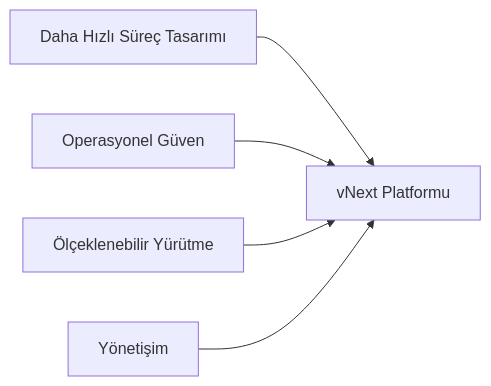
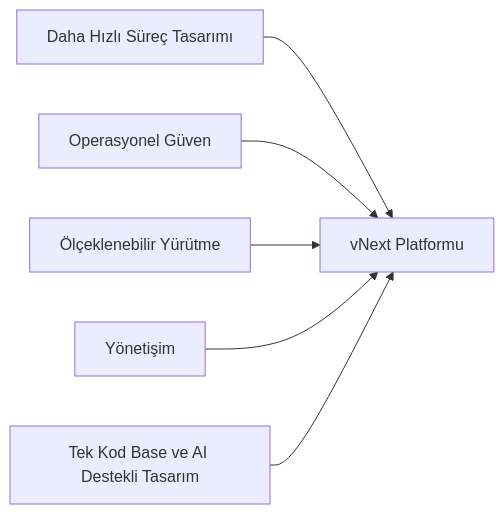
Before and after one commit to burgan-tech/vnext-docs: the diagram in business/value/index.md, drawn with Mermaid. The commit also changed other lines of this file and 6 other files, not shown here.

````diff
--- a/business/value/index.md
+++ b/business/value/index.md
@@ -15,12 +15,14 @@
 ```mermaid
 graph LR
     V1[Daha Hızlı Süreç Tasarımı]
     V2[Operasyonel Güven]
     V3[Ölçeklenebilir Yürütme]
     V4[Yönetişim]
+    V5[Tek Kod Base ve AI Destekli Tasarım]
     P[vNext Platformu]
     V1 --> P
     V2 --> P
     V3 --> P
     V4 --> P
+    V5 --> P
 ```
````
